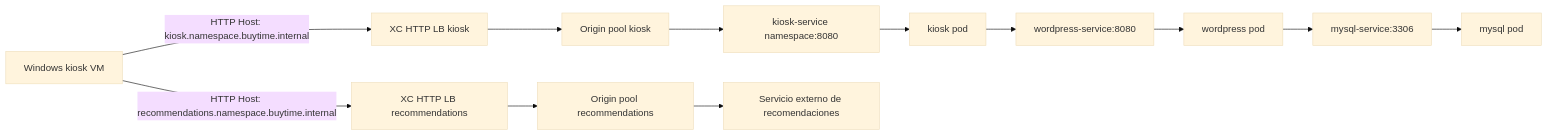
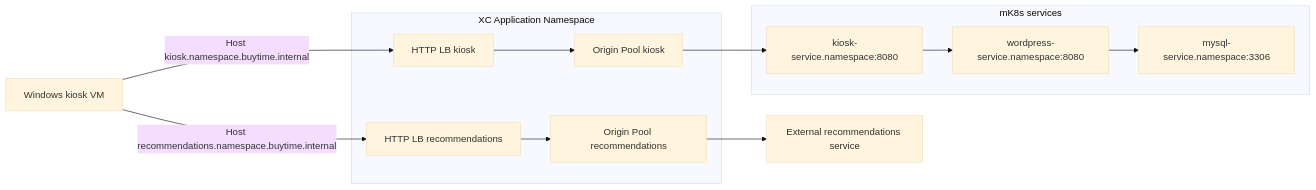
Before and after one commit to ocpdata/xcawsedgedemoguide: the eighth of 14 diagrams in descripcion.md, drawn with Mermaid (base theme). The commit also changed other lines of this file, not shown here.

Commit message:
Refine deploy architecture topology

````diff
--- a/descripcion.md
+++ b/descripcion.md
@@ -227,14 +293,28 @@
 ```mermaid
 flowchart LR
-    VM[Windows kiosk VM] -->|HTTP Host: kiosk.namespace.buytime.internal| LBK[XC HTTP LB kiosk]
-    VM -->|HTTP Host: recommendations.namespace.buytime.internal| LBR[XC HTTP LB recommendations]
-    LBK --> OPK[Origin pool kiosk]
-    OPK --> KSVC[kiosk-service namespace:8080]
-    KSVC --> KPOD[kiosk pod]
-    KPOD --> WPSVC[wordpress-service:8080]
-    WPSVC --> WPOD[wordpress pod]
-    WPOD --> MSVC[mysql-service:3306]
-    MSVC --> MPOD[mysql pod]
-    LBR --> OPR[Origin pool recommendations]
-    OPR --> EXT[Servicio externo de recomendaciones]
+    VM[Windows kiosk VM]
+
+    subgraph XCAPP[XC Application Namespace]
+        KLB[HTTP LB kiosk]
+        KOP[Origin Pool kiosk]
+        RLB[HTTP LB recommendations]
+        ROP[Origin Pool recommendations]
+    end
+
+    subgraph MKSVC[mK8s services]
+        KSVC[kiosk-service.namespace:8080]
+        WSVC[wordpress-service.namespace:8080]
+        MSVC[mysql-service.namespace:3306]
+    end
+
+    EXTREC[External recommendations service]
+
+    VM -->|Host kiosk.namespace.buytime.internal| KLB
+    VM -->|Host recommendations.namespace.buytime.internal| RLB
+    KLB --> KOP
+    KOP --> KSVC
+    KSVC --> WSVC
+    WSVC --> MSVC
+    RLB --> ROP
+    ROP --> EXTREC
 ```
````
